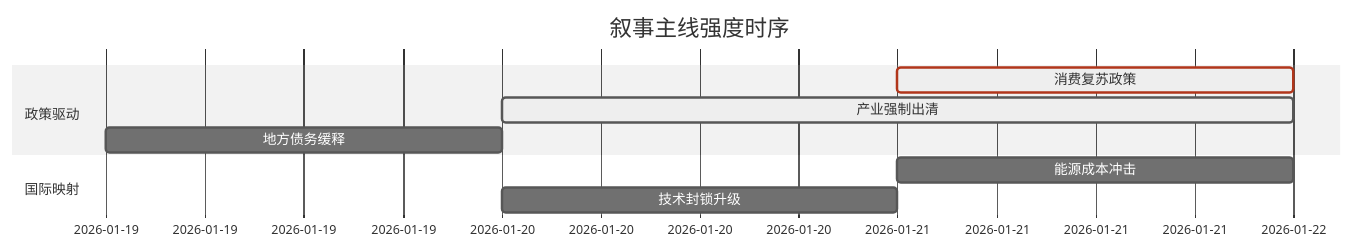
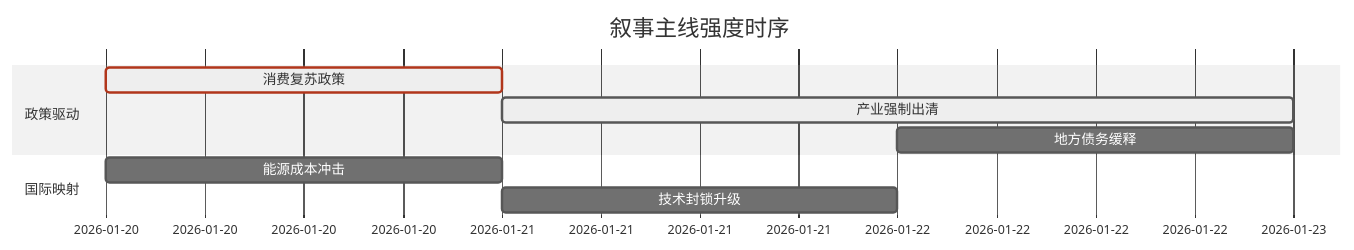
One commit to uu5zn/uu5zn.github.io changed the diagram in 5day_report.md. Above: the diagram before and after it, drawn with Mermaid (neutral theme). The commit also changed other lines of this file and 19 other files, not shown here.

````diff
--- a/5day_report.md
+++ b/5day_report.md
@@ -51,13 +54,13 @@
 ```mermaid
 gantt
     title 叙事主线强度时序
     dateFormat  YYYY-MM-DD
     section 政策驱动
-    消费复苏政策   :crit, active, 2026-01-21, 1d
-    产业强制出清   :active, 2026-01-20, 2d
-    地方债务缓释   :2026-01-19, 1d
+    消费复苏政策   :crit, active, 2026-01-20, 1d
+    产业强制出清   :active, 2026-01-21, 2d
+    地方债务缓释   :2026-01-22, 1d
     
     section 国际映射
-    能源成本冲击   :2026-01-21, 1d
-    技术封锁升级   :2026-01-20, 1d
+    能源成本冲击   :2026-01-20, 1d
+    技术封锁升级   :2026-01-21, 1d
 ```
````
